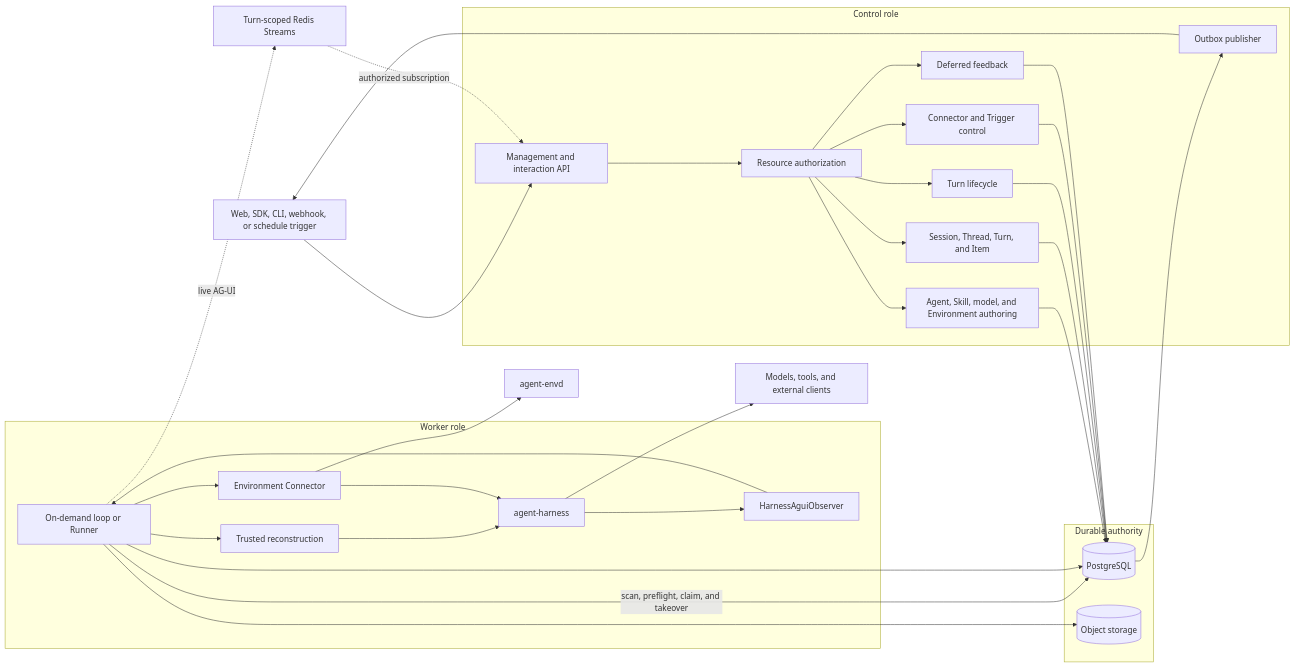
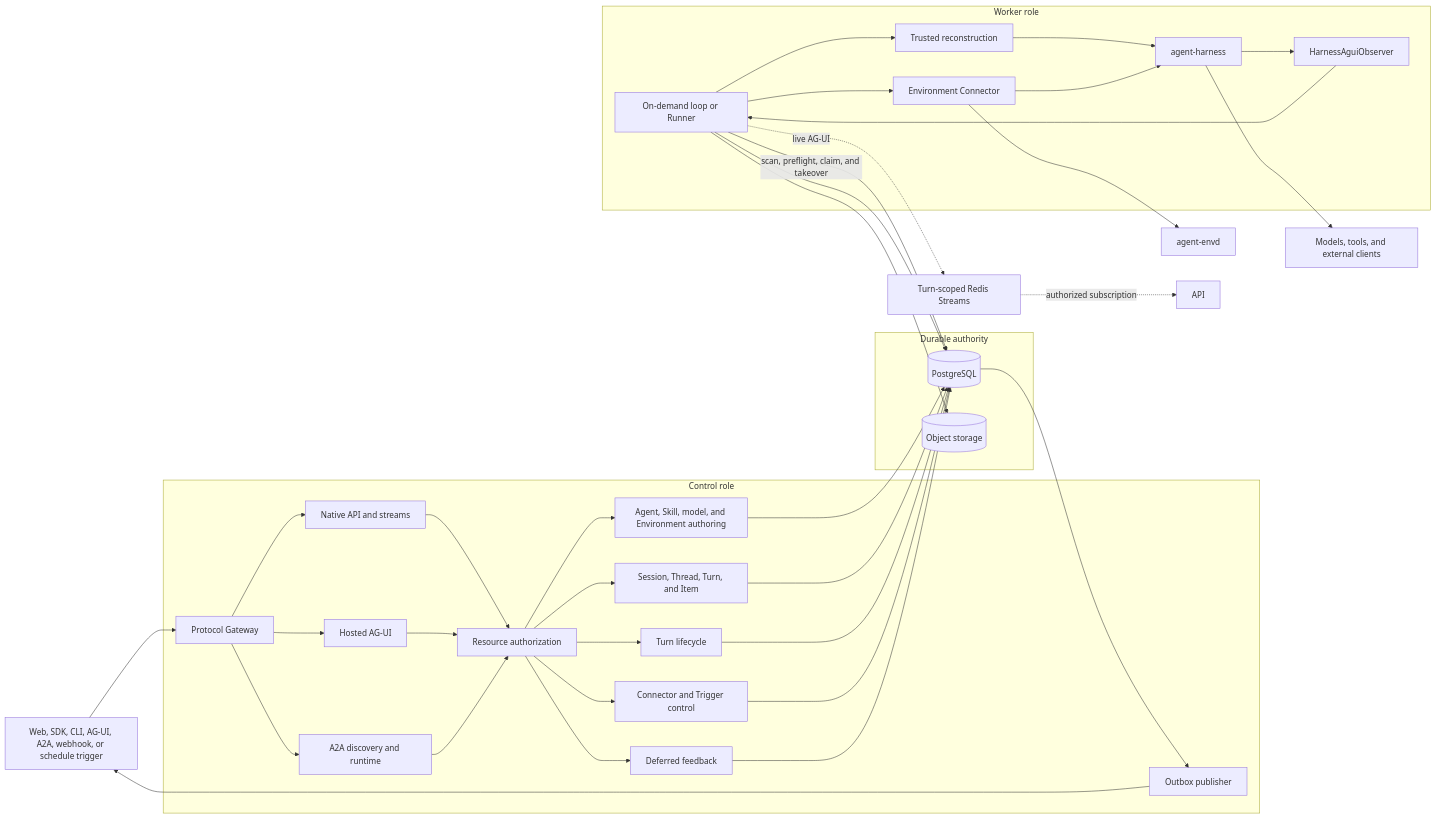
One commit to LTThreeComma/agent-foundation changed the first of 3 diagrams in spec/foundation-service/00-overview.md. Above: the diagram before and after it, drawn with Mermaid. The commit also changed other lines of this file and 17 other files, not shown here.

Commit message:
docs(gateway): define service protocol gateway (#44)

````diff
--- a/spec/foundation-service/00-overview.md
+++ b/spec/foundation-service/00-overview.md
@@ -23,46 +23,51 @@
 ```mermaid
 flowchart LR
-    Client[Web, SDK, CLI, webhook, or schedule trigger]
+    Client[Web, SDK, CLI, AG-UI, A2A, webhook, or schedule trigger]
 
     subgraph Control[Control role]
-        API[Management and interaction API]
+        Gateway[Protocol Gateway]
+        Native[Native API and streams]
+        Agui[Hosted AG-UI]
+        A2A[A2A discovery and runtime]
         Auth[Resource authorization]
         Authoring[Agent, Skill, model, and Environment authoring]
         ConnectorControl[Connector and Trigger control]
         Interaction[Session, Thread, Turn, and Item]
         Lifecycle[Turn lifecycle]
         Feedback[Deferred feedback]
         Publisher[Outbox publisher]
     end
 
     subgraph Durable[Durable authority]
         Database[(PostgreSQL)]
         Objects[(Object storage)]
     end
 
     LiveBus[Turn-scoped Redis Streams]
 
     subgraph WorkerRole[Worker role]
         Runtime[On-demand loop or Runner]
         Reconstruct[Trusted reconstruction]
         Connector[Environment Connector]
         Observer[HarnessAguiObserver]
         Harness[agent-harness]
     end
 
     Envd[agent-envd]
     External[Models, tools, and external clients]
 
-    Client --> API --> Auth
+    Client --> Gateway
+    Gateway --> Native & Agui & A2A
+    Native & Agui & A2A --> Auth
     Auth --> Authoring & Interaction & Lifecycle & ConnectorControl & Feedback
     Authoring & Interaction & Lifecycle & ConnectorControl & Feedback --> Database
     Runtime -->|scan, preflight, claim, and takeover| Database
     Runtime --> Reconstruct --> Harness
     Runtime --> Connector --> Harness
     Connector --> Envd
     Harness --> External
     Harness --> Observer --> Runtime
     Runtime -. live AG-UI .-> LiveBus -. authorized subscription .-> API
     Runtime --> Database & Objects
     Database --> Publisher --> Client
 ```
````
